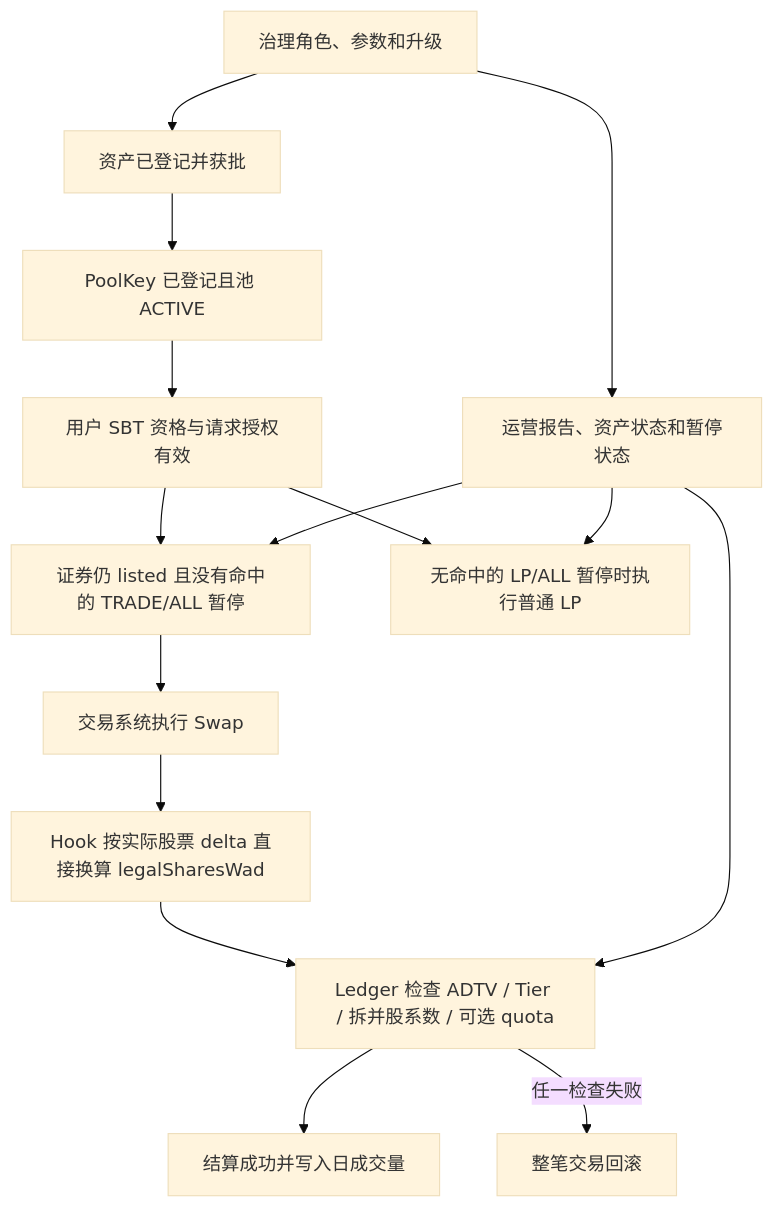
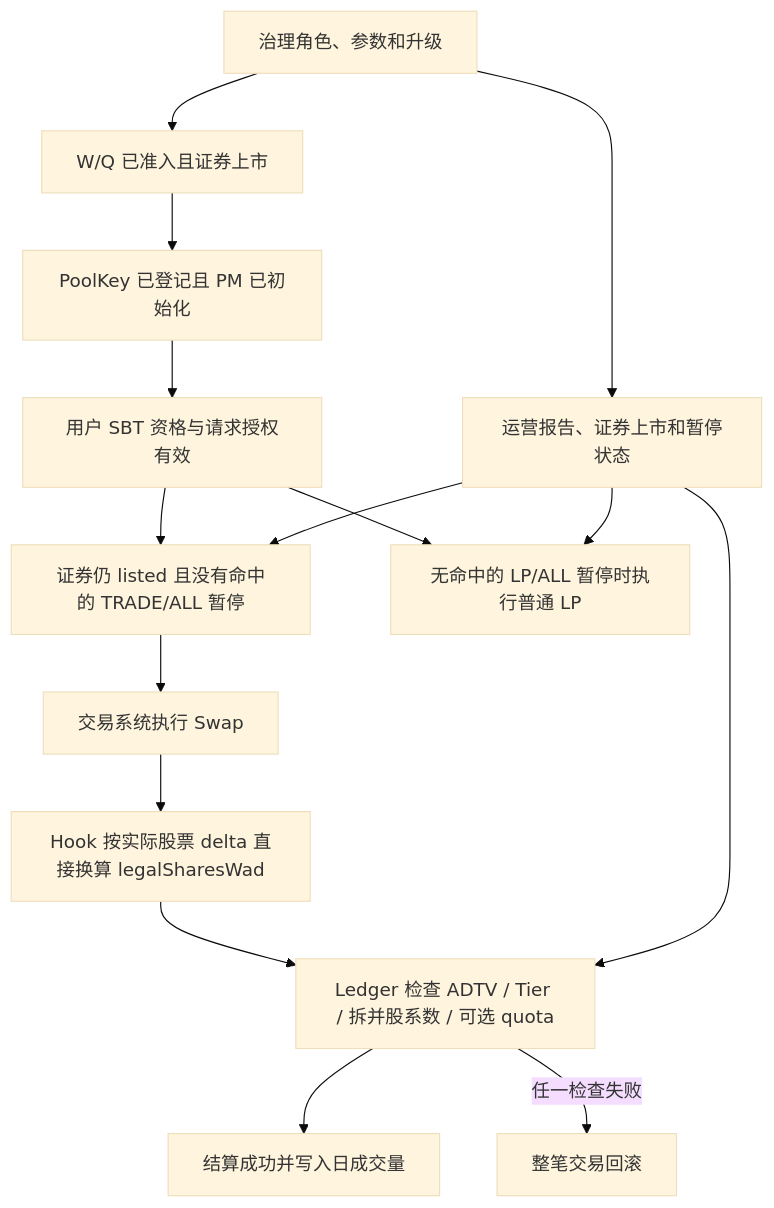
The seventh of 7 diagrams in docs/SYSTEMS_OVERVIEW.md (okx/tsv), drawn with Mermaid (base theme) before and after one commit. The commit also changed other lines of this file and 81 other files, not shown here.

````diff
--- a/docs/SYSTEMS_OVERVIEW.md
+++ b/docs/SYSTEMS_OVERVIEW.md
@@ -637,17 +613,17 @@
 ```mermaid
 flowchart TD
-  A[资产已登记并获批] --> B[PoolKey 已登记且池 ACTIVE]
+  A[W/Q 已准入且证券上市] --> B[PoolKey 已登记且 PM 已初始化]
   B --> C[用户 SBT 资格与请求授权有效]
   C --> D[证券仍 listed 且没有命中的 TRADE/ALL 暂停]
   C --> LP[无命中的 LP/ALL 暂停时执行普通 LP]
   R --> LP
   D --> E[交易系统执行 Swap]
   E --> F[Hook 按实际股票 delta 直接换算 legalSharesWad]
   F --> G[Ledger 检查 ADTV / Tier / 拆并股系数 / 可选 quota]
   G --> H[结算成功并写入日成交量]
   G -->|任一检查失败| X[整笔交易回滚]
-  R[运营报告、资产状态和暂停状态] --> D
+  R[运营报告、证券上市和暂停状态] --> D
   R --> G
   T[治理角色、参数和升级] --> R
   T --> A
 ```
````
